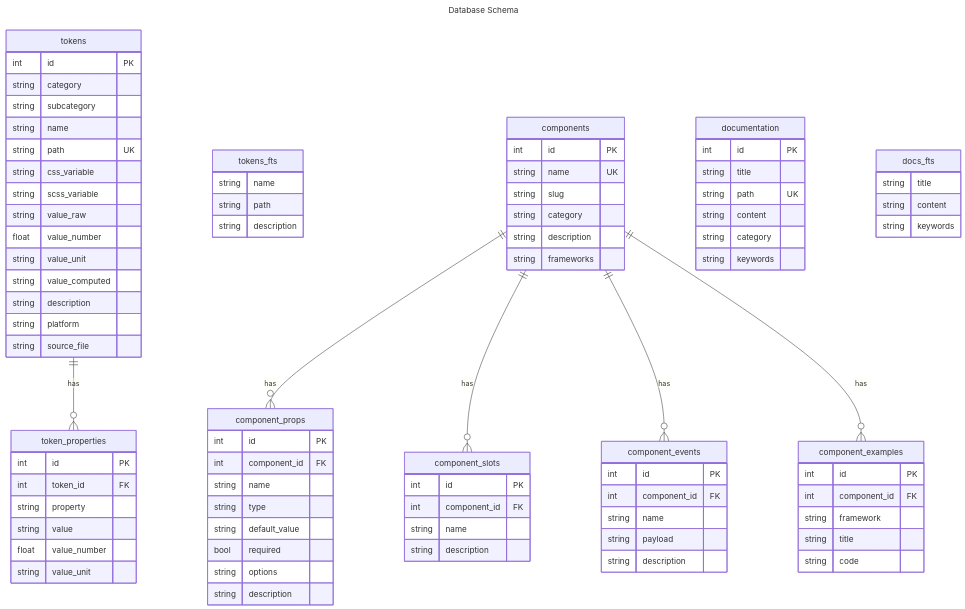
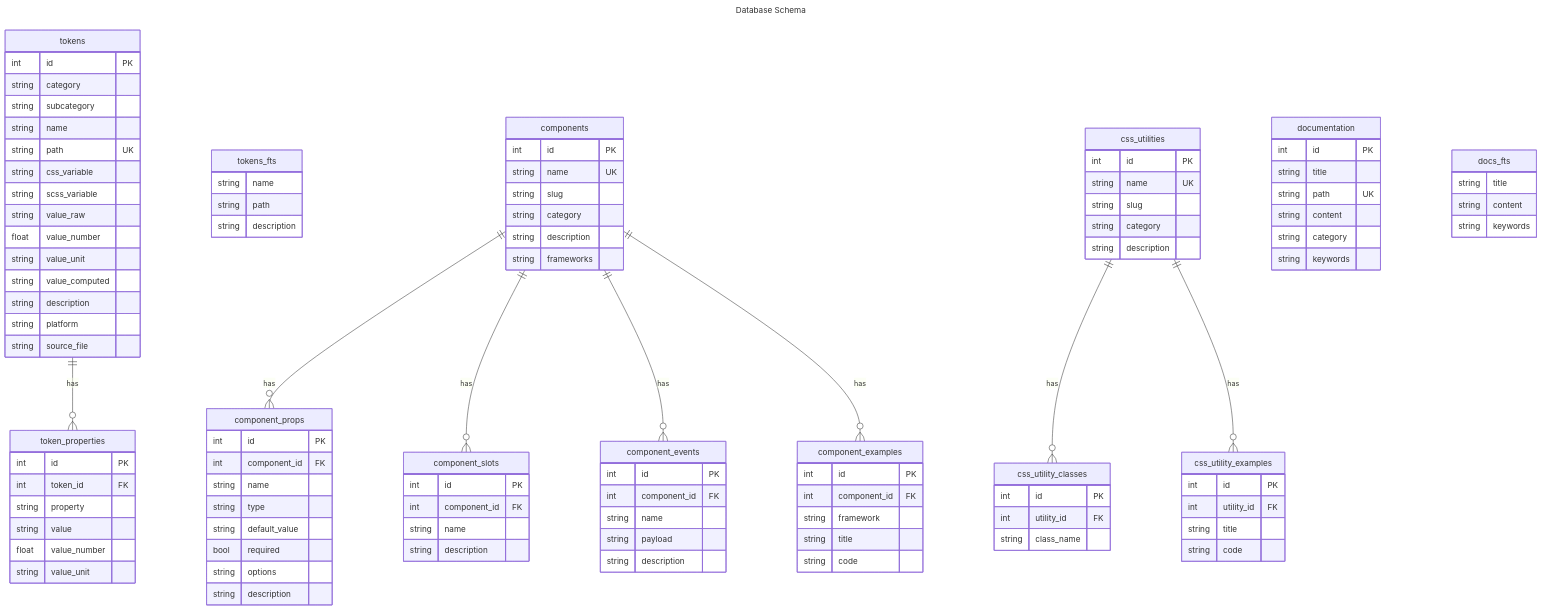
The diagram in docs/assets/schema.mmd (MerzoukeMansouri/adeo-mozaic-mcp), drawn with Mermaid before and after one commit. The commit also changed 12 other files, not shown here.

Commit message:
refactor: add CSS Utility classes and examples schema and dataflow diagrams

```diff
--- a/docs/assets/schema.mmd
+++ b/docs/assets/schema.mmd
@@ -1,99 +1,122 @@
 ---
 title: Database Schema
 ---
 erDiagram
     tokens {
         int id PK
         string category
         string subcategory
         string name
         string path UK
         string css_variable
         string scss_variable
         string value_raw
         float value_number
         string value_unit
         string value_computed
         string description
         string platform
         string source_file
     }
 
     token_properties {
         int id PK
         int token_id FK
         string property
         string value
         float value_number
         string value_unit
     }
 
     tokens_fts {
         string name
         string path
         string description
     }
 
     components {
         int id PK
         string name UK
         string slug
         string category
         string description
         string frameworks
     }
 
     component_props {
         int id PK
         int component_id FK
         string name
         string type
         string default_value
         bool required
         string options
         string description
     }
 
     component_slots {
         int id PK
         int component_id FK
         string name
         string description
     }
 
     component_events {
         int id PK
         int component_id FK
         string name
         string payload
         string description
     }
 
     component_examples {
         int id PK
         int component_id FK
         string framework
         string title
         string code
     }
 
+    css_utilities {
+        int id PK
+        string name UK
+        string slug
+        string category
+        string description
+    }
+
+    css_utility_classes {
+        int id PK
+        int utility_id FK
+        string class_name
+    }
+
+    css_utility_examples {
+        int id PK
+        int utility_id FK
+        string title
+        string code
+    }
+
     documentation {
         int id PK
         string title
         string path UK
         string content
         string category
         string keywords
     }
 
     docs_fts {
         string title
         string content
         string keywords
     }
 
     tokens ||--o{ token_properties : has
     components ||--o{ component_props : has
     components ||--o{ component_slots : has
     components ||--o{ component_events : has
     components ||--o{ component_examples : has
+    css_utilities ||--o{ css_utility_classes : has
+    css_utilities ||--o{ css_utility_examples : has
```
